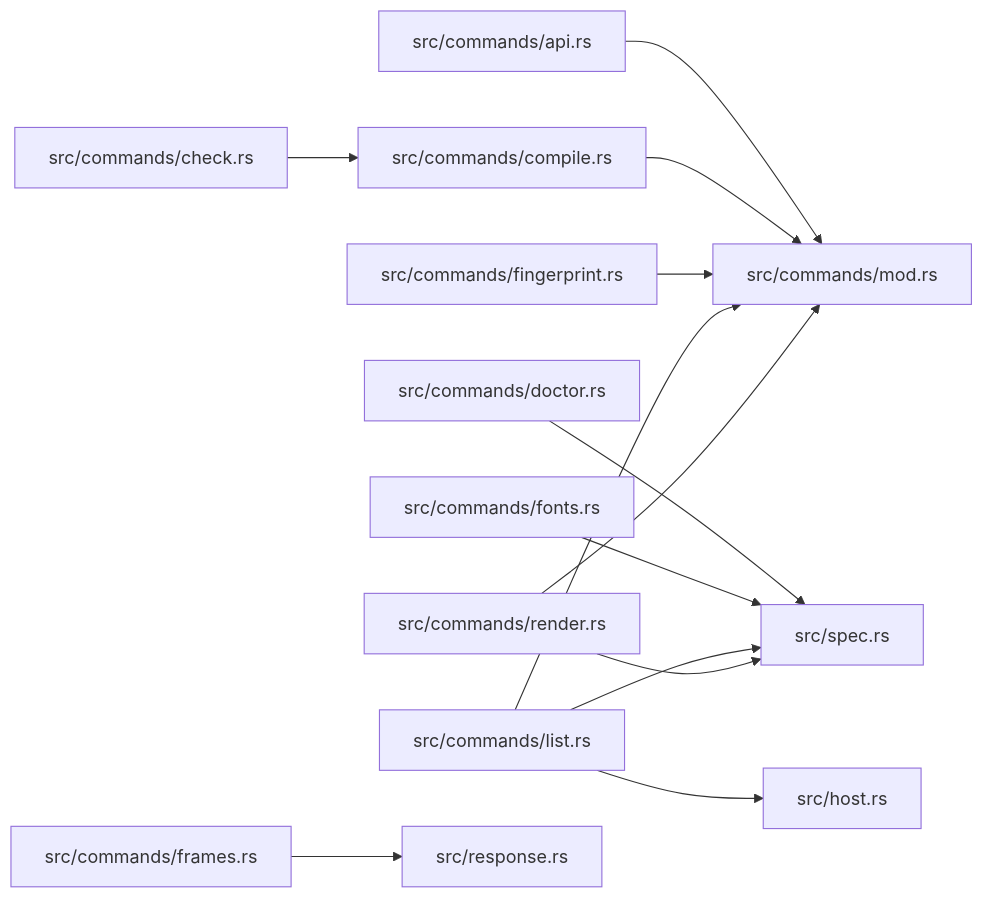
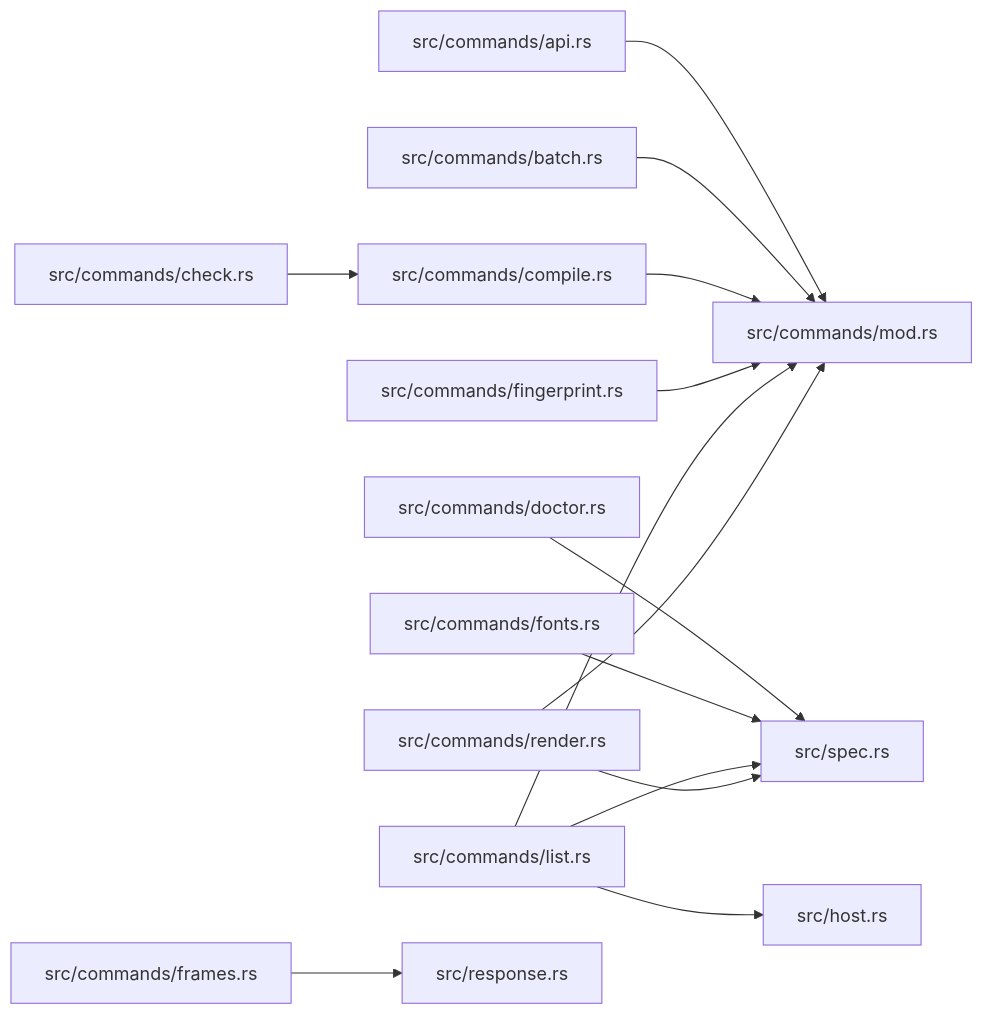
The diagram in docs/modules/zela-commands.md (xcrtp/zela), drawn with Mermaid before and after one commit. The commit also changed other lines of this file and 8 other files, not shown here.

````diff
--- a/docs/modules/zela-commands.md
+++ b/docs/modules/zela-commands.md
@@ -38,28 +40,30 @@
 ```mermaid
 graph LR
     f0["src/commands/api.rs"]
-    f2["src/commands/check.rs"]
-    f3["src/commands/compile.rs"]
-    f4["src/commands/doctor.rs"]
-    f6["src/commands/fingerprint.rs"]
-    f7["src/commands/fonts.rs"]
-    f8["src/commands/frames.rs"]
-    f10["src/commands/list.rs"]
+    f2["src/commands/batch.rs"]
+    f3["src/commands/check.rs"]
+    f4["src/commands/compile.rs"]
+    f5["src/commands/doctor.rs"]
+    f7["src/commands/fingerprint.rs"]
+    f8["src/commands/fonts.rs"]
+    f9["src/commands/frames.rs"]
+    f11["src/commands/list.rs"]
     f1["src/commands/mod.rs"]
-    f12["src/commands/render.rs"]
-    f11["src/host.rs"]
-    f9["src/response.rs"]
-    f5["src/spec.rs"]
+    f13["src/commands/render.rs"]
+    f12["src/host.rs"]
+    f10["src/response.rs"]
+    f6["src/spec.rs"]
     f0 --> f1
-    f2 --> f3
-    f3 --> f1
-    f4 --> f5
-    f6 --> f1
-    f7 --> f5
-    f8 --> f9
-    f10 --> f1
-    f10 --> f11
-    f10 --> f5
-    f12 --> f1
-    f12 --> f5
+    f2 --> f1
+    f3 --> f4
+    f4 --> f1
+    f5 --> f6
+    f7 --> f1
+    f8 --> f6
+    f9 --> f10
+    f11 --> f1
+    f11 --> f12
+    f11 --> f6
+    f13 --> f1
+    f13 --> f6
 ```
````
